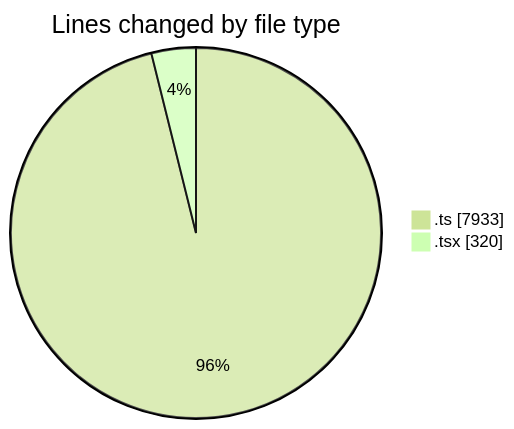
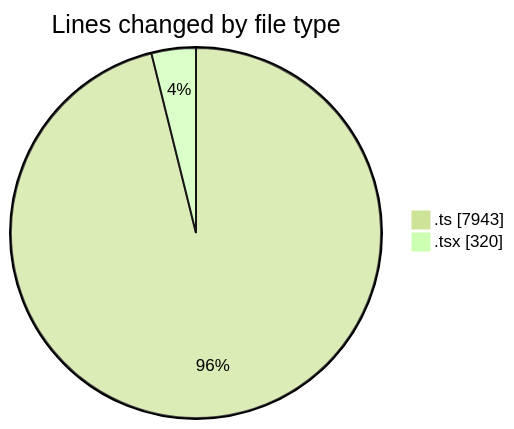
One commit to momahboobian/code-tracking changed the first of 2 diagrams in 2025-08-13/cda/README.md. Above: the diagram before and after it, drawn with Mermaid (forest theme). The commit also changed other lines of this file and 1 other file, not shown here.

````diff
--- a/2025-08-13/cda/README.md
+++ b/2025-08-13/cda/README.md
@@ -23,6 +23,6 @@
 ```mermaid
 pie showData
 title Lines changed by file type
-".ts" : 7933
+".ts" : 7943
 ".tsx" : 320
 ```
````
